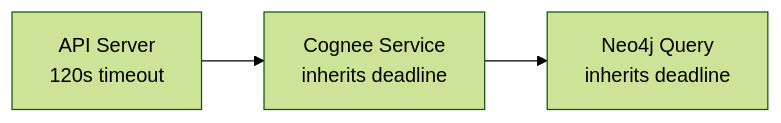
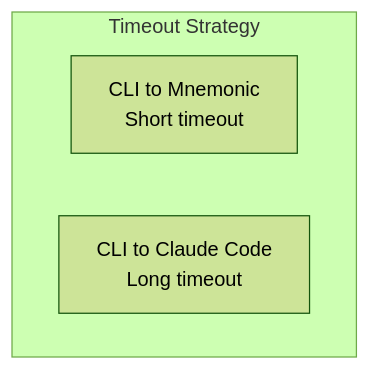
One commit to twistingmercury/mnemonic-mcp changed the sixth of 8 diagrams in docs/architecture/04-communication-patterns.md. Above: the diagram before and after it, drawn with Mermaid (forest theme). The commit also changed other lines of this file and 28 other files, not shown here.

Commit message:
architecture v2

````diff
--- a/docs/architecture/04-communication-patterns.md
+++ b/docs/architecture/04-communication-patterns.md
@@ -314,4 +179,7 @@
 ```mermaid
-flowchart LR
-    API[API Server<br/>120s timeout] --> Cognee[Cognee Service<br/>inherits deadline] --> Neo4j[Neo4j Query<br/>inherits deadline]
+graph TB
+    subgraph "Timeout Strategy"
+        CLI_MN[CLI to Mnemonic<br/>Short timeout]
+        CLI_CC[CLI to Claude Code<br/>Long timeout]
+    end
 ```
````
